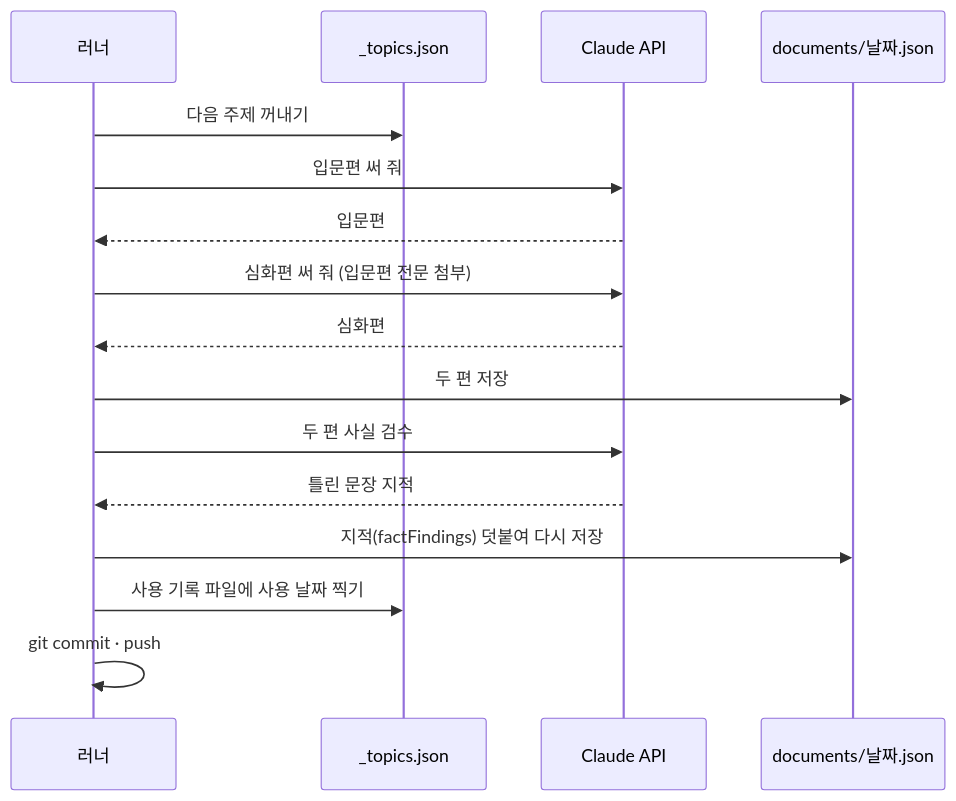
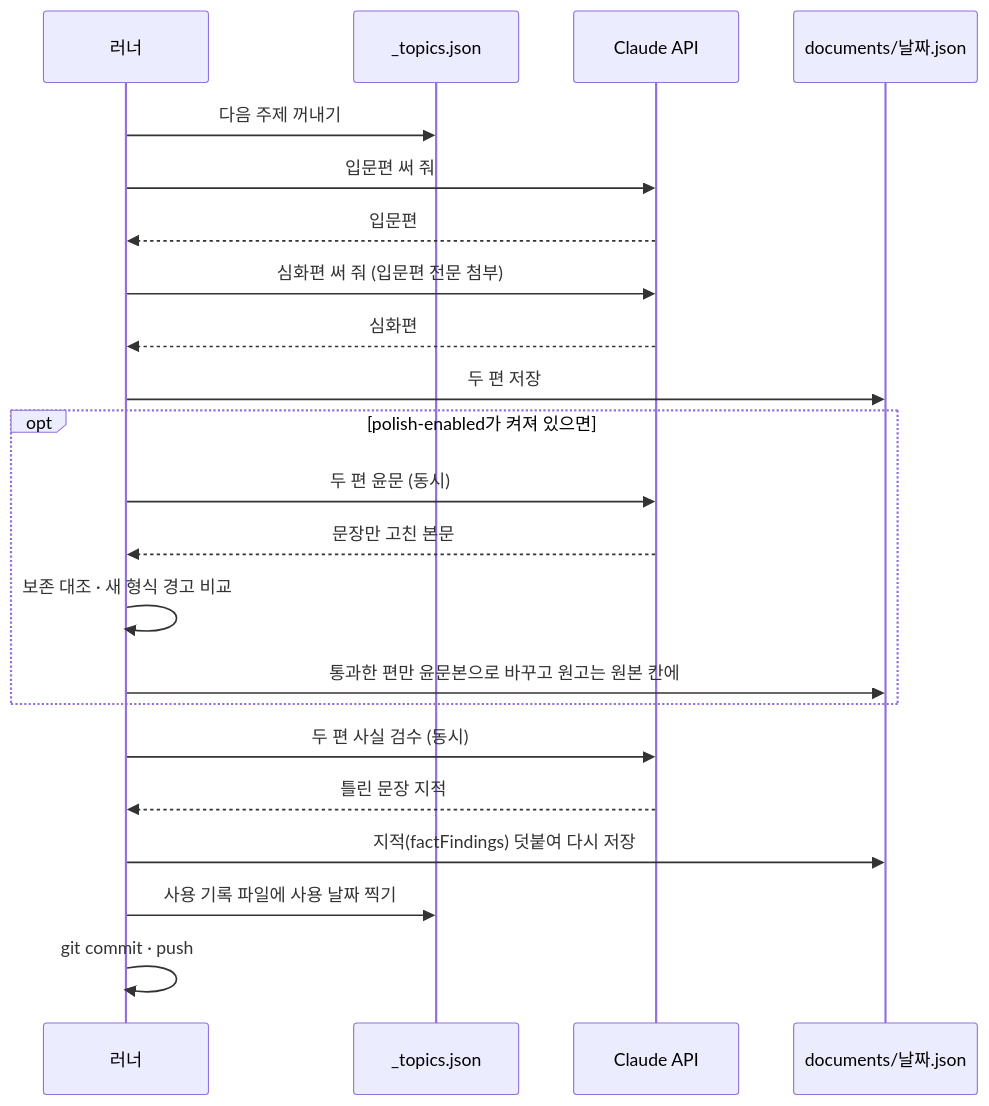
Before and after one commit to minsu0922/study_project: the second of 4 diagrams in docs/28-content-flow.md, drawn with Mermaid. The commit also changed other lines of this file and 4 other files, not shown here.

````diff
--- a/docs/28-content-flow.md
+++ b/docs/28-content-flow.md
@@ -120,19 +120,25 @@
 ```mermaid
 sequenceDiagram
     participant R as 러너
     participant Q as _topics.json
     participant C as Claude API
     participant F as documents/날짜.json
 
     R->>Q: 다음 주제 꺼내기
     R->>C: 입문편 써 줘
     C-->>R: 입문편
     R->>C: 심화편 써 줘 (입문편 전문 첨부)
     C-->>R: 심화편
     R->>F: 두 편 저장
-    R->>C: 두 편 사실 검수
+    opt polish-enabled가 켜져 있으면
+        R->>C: 두 편 윤문 (동시)
+        C-->>R: 문장만 고친 본문
+        R->>R: 보존 대조 · 새 형식 경고 비교
+        R->>F: 통과한 편만 윤문본으로 바꾸고 원고는 원본 칸에
+    end
+    R->>C: 두 편 사실 검수 (동시)
     C-->>R: 틀린 문장 지적
     R->>F: 지적(factFindings) 덧붙여 다시 저장
     R->>Q: 사용 기록 파일에 사용 날짜 찍기
     R->>R: git commit · push
 ```
````
